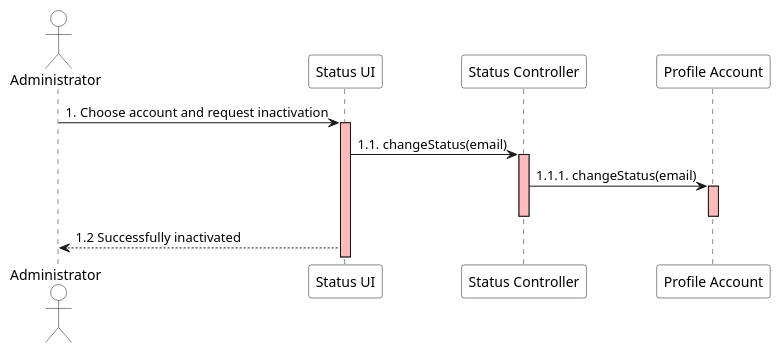
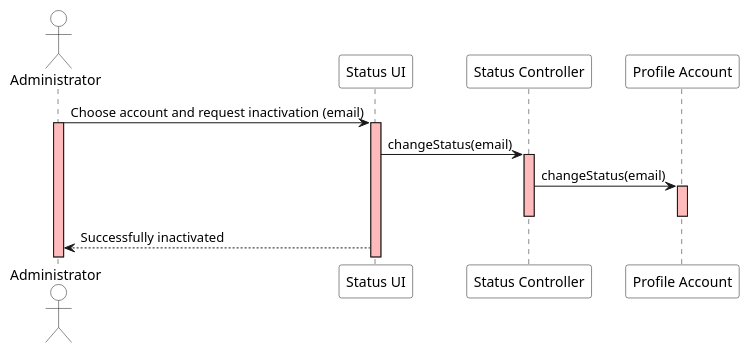
The diagram in docs/modelling_design/user_stories/us005/US005_InactivateUserAccountSD.puml (ivo-menezes/project_g3), drawn with PlantUML before and after one commit. The commit also changed 1 other file, not shown here.

Commit message:
US005: Design: US005_InactivateUserAccountSD(New Update) US006: Design: US006_activateUserAccountSD(New Update)

```diff
--- a/docs/modelling_design/user_stories/us005/US005_InactivateUserAccountSD.puml
+++ b/docs/modelling_design/user_stories/us005/US005_InactivateUserAccountSD.puml
@@ -1,21 +1,21 @@
 @startuml
 
 actor Administrator  as Administrator #white
 participant "Status UI" as UI #white
 participant "Status Controller" as Controller #white
 participant "Profile Account" as Account #white
 
 'Administrator ->  Controller : 1.Choose account and request inactivation
-Administrator ->  UI : 1. Choose account and request inactivation
+Administrator ->  UI : Choose account and request inactivation (email)
 activate UI #FFBBBB
 'activate Controller #FFBBBB
-
-UI -> Controller: 1.1. changeStatus(email)
+activate Administrator #FFBBBB
+UI -> Controller: changeStatus(email)
 activate Controller #FFBBBB
-Controller -> Account: 1.1.1. changeStatus(email)
+Controller -> Account: changeStatus(email)
 activate Account #FFBBBB
 deactivate Account
 deactivate Controller
 
-UI --> Administrator: 1.2 Successfully inactivated
+UI --> Administrator: Successfully inactivated
 @enduml
```
